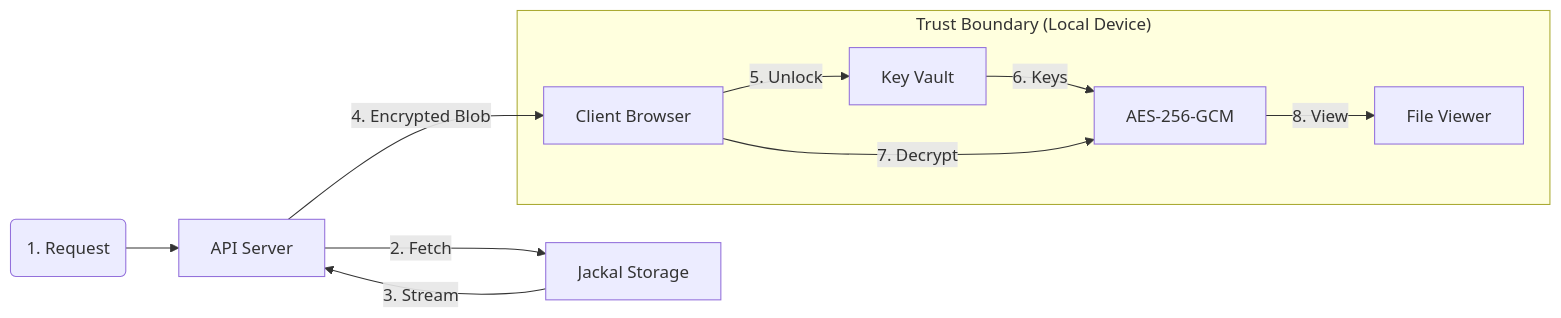
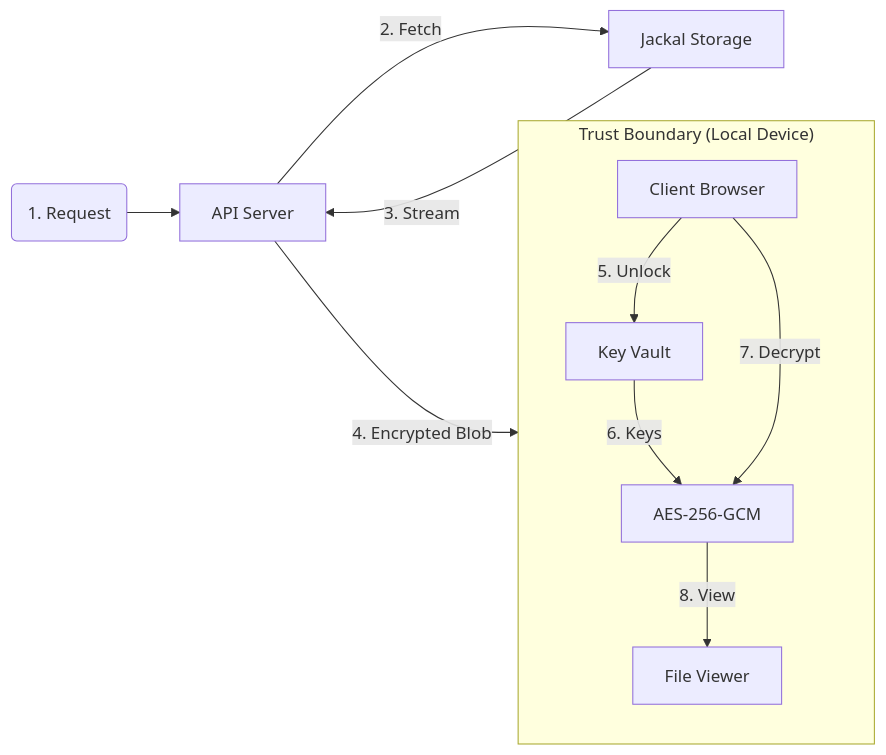
One commit to jtoba66/Lazybird-Nest changed the second of 2 diagrams in README.md. Above: the diagram before and after it, drawn with Mermaid.

Commit message:
Docs: Optimize diagram layout for GitHub UI

````diff
--- a/README.md
+++ b/README.md
@@ -44,14 +44,15 @@
 ```mermaid
 graph LR
     User(1. Request) --> Server[API Server]
     Server -->|2. Fetch| Jackal[Jackal Storage]
     Jackal -->|3. Stream| Server
     Server -->|4. Encrypted Blob| Client[Client Browser]
 
     subgraph "Trust Boundary (Local Device)"
+        direction TB
         Client -->|5. Unlock| Vault[Key Vault]
         Vault -->|6. Keys| Decrypt[AES-256-GCM]
         Client -->|7. Decrypt| Decrypt
         Decrypt -->|8. View| Viewer[File Viewer]
     end
 ```
````
